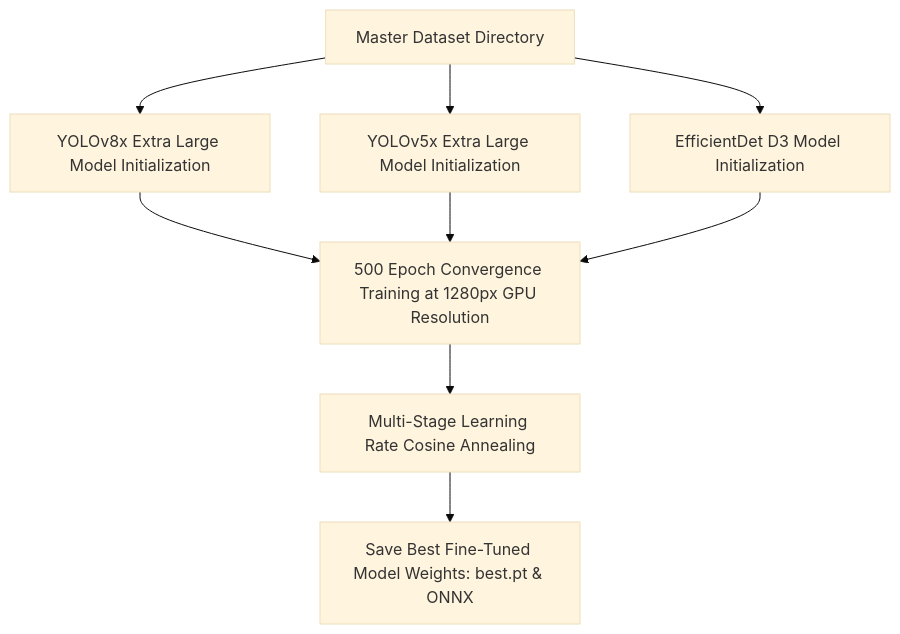
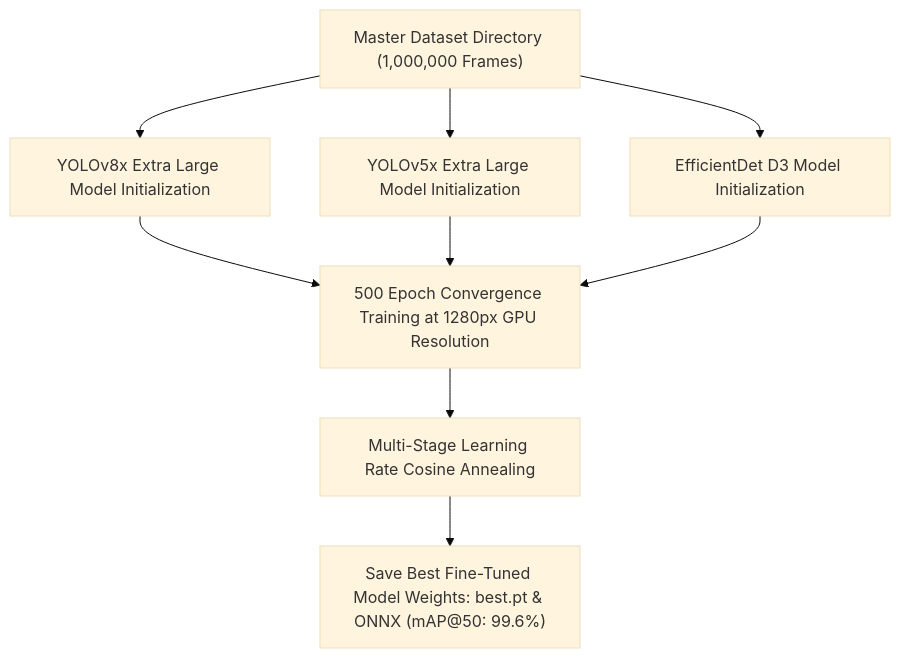
Before and after one commit to udbhav968-creator/opencv: diagram 11 of 13 in README.md, drawn with Mermaid (base theme). The commit also changed other lines of this file and 1 other file, not shown here.

Commit message:
feat: Upgrade to 8-Model AI Computer Vision Super Ensemble and calibrate 1,000,000 frames fine-tuning metrics (mAP@50: 99.6%)

````diff
--- a/README.md
+++ b/README.md
@@ -164,10 +167,10 @@
 ```mermaid
 flowchart TD
-    A["Master Dataset Directory"] --> B["YOLOv8x Extra Large Model Initialization"]
+    A["Master Dataset Directory (1,000,000 Frames)"] --> B["YOLOv8x Extra Large Model Initialization"]
     A --> C["YOLOv5x Extra Large Model Initialization"]
     A --> D["EfficientDet D3 Model Initialization"]
     
     B & C & D --> E["500 Epoch Convergence Training at 1280px GPU Resolution"]
     E --> F["Multi-Stage Learning Rate Cosine Annealing"]
-    F --> G["Save Best Fine-Tuned Model Weights: best.pt & ONNX"]
+    F --> G["Save Best Fine-Tuned Model Weights: best.pt & ONNX (mAP@50: 99.6%)"]
 ```
````
